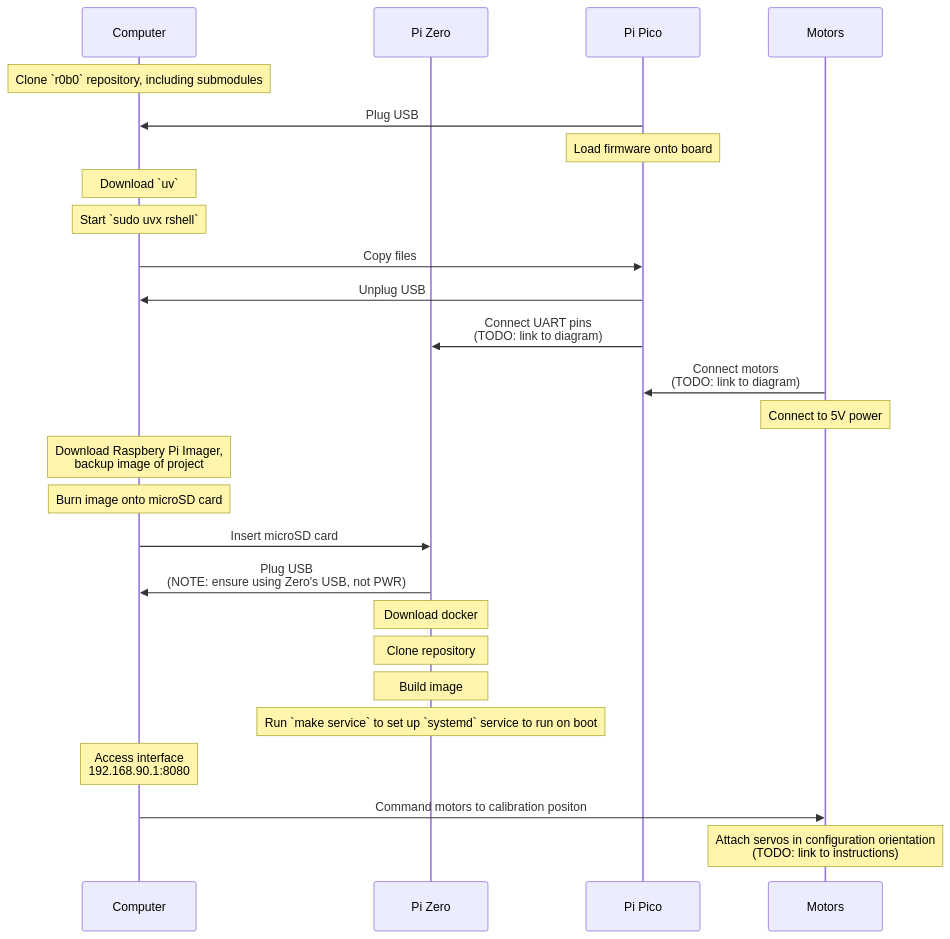
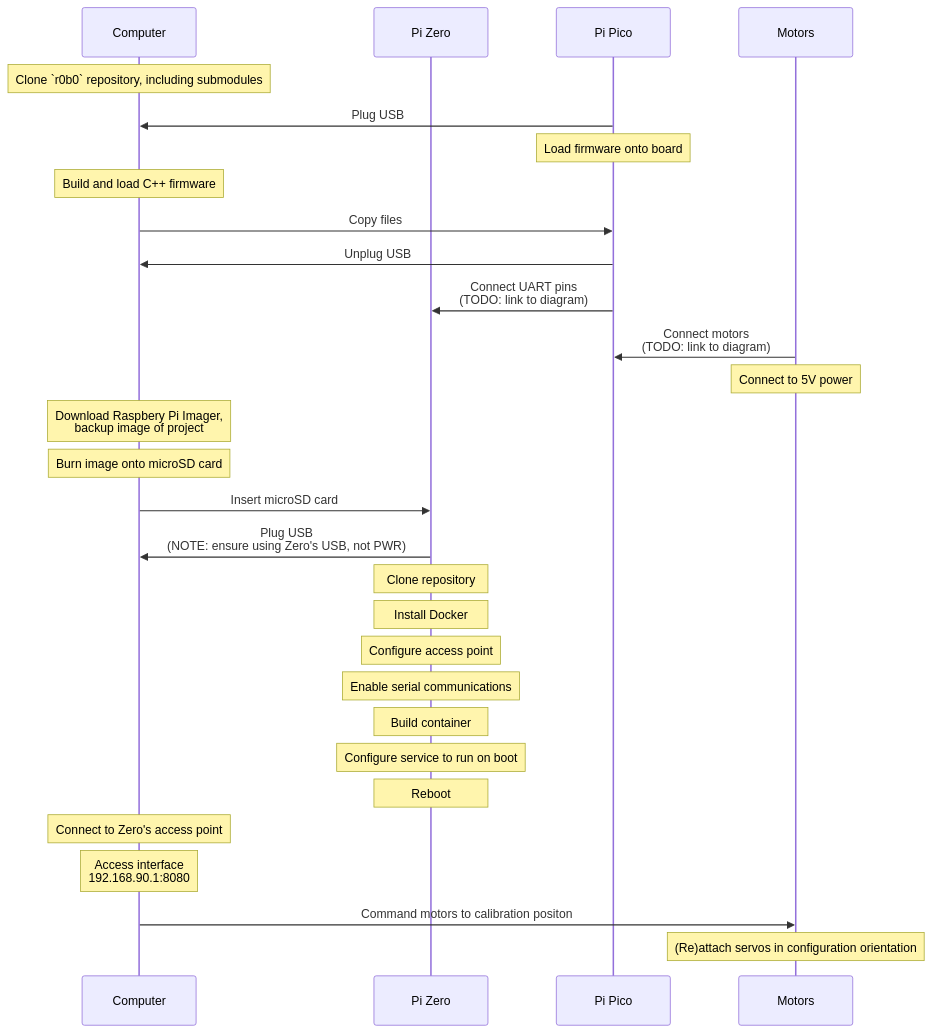
One commit to msgtn/r0b0 changed the diagram in docs/blsm.md. Above: the diagram before and after it, drawn with Mermaid. The commit also changed other lines of this file and 1 other file, not shown here.

Commit message:
add servo calibration instructions

````diff
--- a/docs/blsm.md
+++ b/docs/blsm.md
@@ -103,33 +103,36 @@
 ```mermaid
 sequenceDiagram
 	participant comp as Computer
 	participant zero as Pi Zero
 	participant pico as Pi Pico
 	participant motors as Motors
 
 	note over comp: Clone `r0b0` repository, including submodules
 
 	pico ->> comp: Plug USB 
 	note over pico: Load firmware onto board 
-	note over comp: Download `uv`
-	note over comp: Start `sudo uvx rshell`
+	note over comp: Build and load C++ firmware
 	comp ->> pico: Copy files
 	pico ->> comp: Unplug USB
 	pico ->> zero: Connect UART pins<br>(TODO: link to diagram)
 	motors ->> pico: Connect motors<br>(TODO: link to diagram)
 	note over motors: Connect to 5V power
 
 	note over comp: Download Raspbery Pi Imager,<br>backup image of project
 	note over comp: Burn image onto microSD card
 	comp ->> zero: Insert microSD card
 	zero ->> comp: Plug USB<br>(NOTE: ensure using Zero's USB, not PWR)
 
-	note over zero: Download docker
 	note over zero: Clone repository
-	note over zero: Build image
-	note over zero: Run `make service` to set up `systemd` service to run on boot
+	note over zero: Install Docker
+	note over zero: Configure access point
+	note over zero: Enable serial communications
+	note over zero: Build container
+	note over zero: Configure service to run on boot
+	note over zero: Reboot
 
+	note over comp: Connect to Zero's access point
 	note over comp: Access interface<br>192.168.90.1:8080
 	comp ->> motors: Command motors to calibration positon
-	note over motors: Attach servos in configuration orientation<br>(TODO: link to instructions)
+	note over motors: (Re)attach servos in configuration orientation
 ```
````
